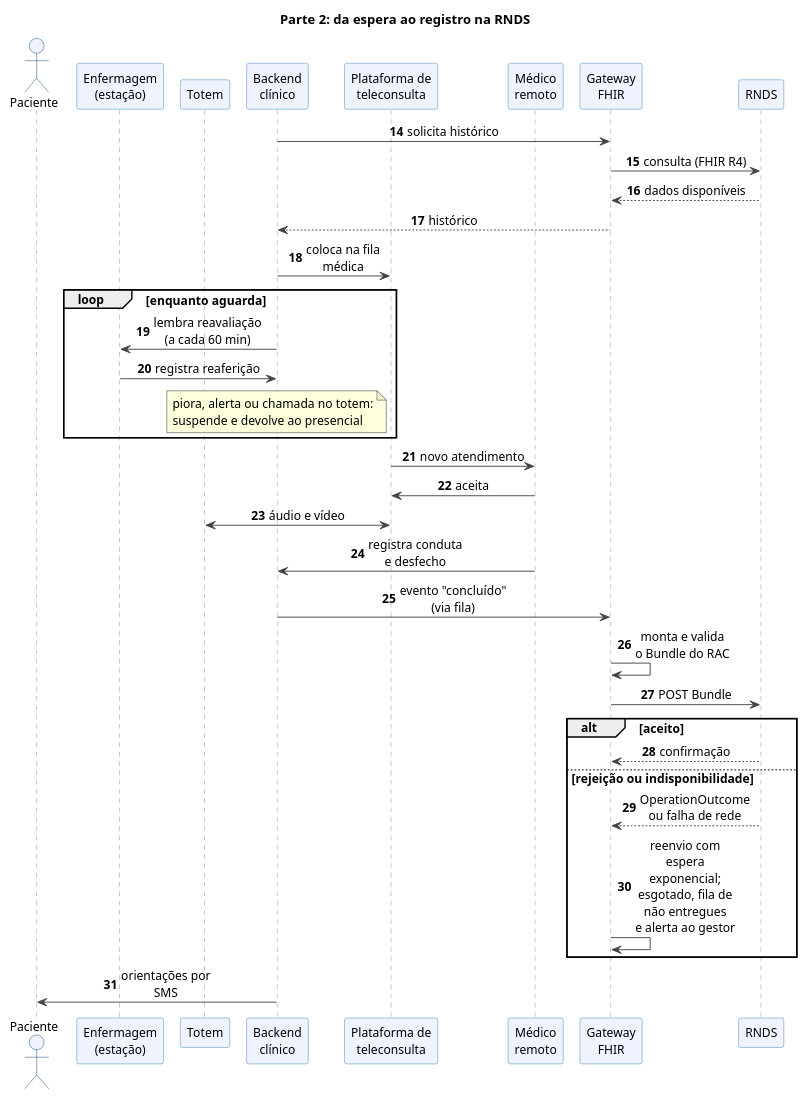
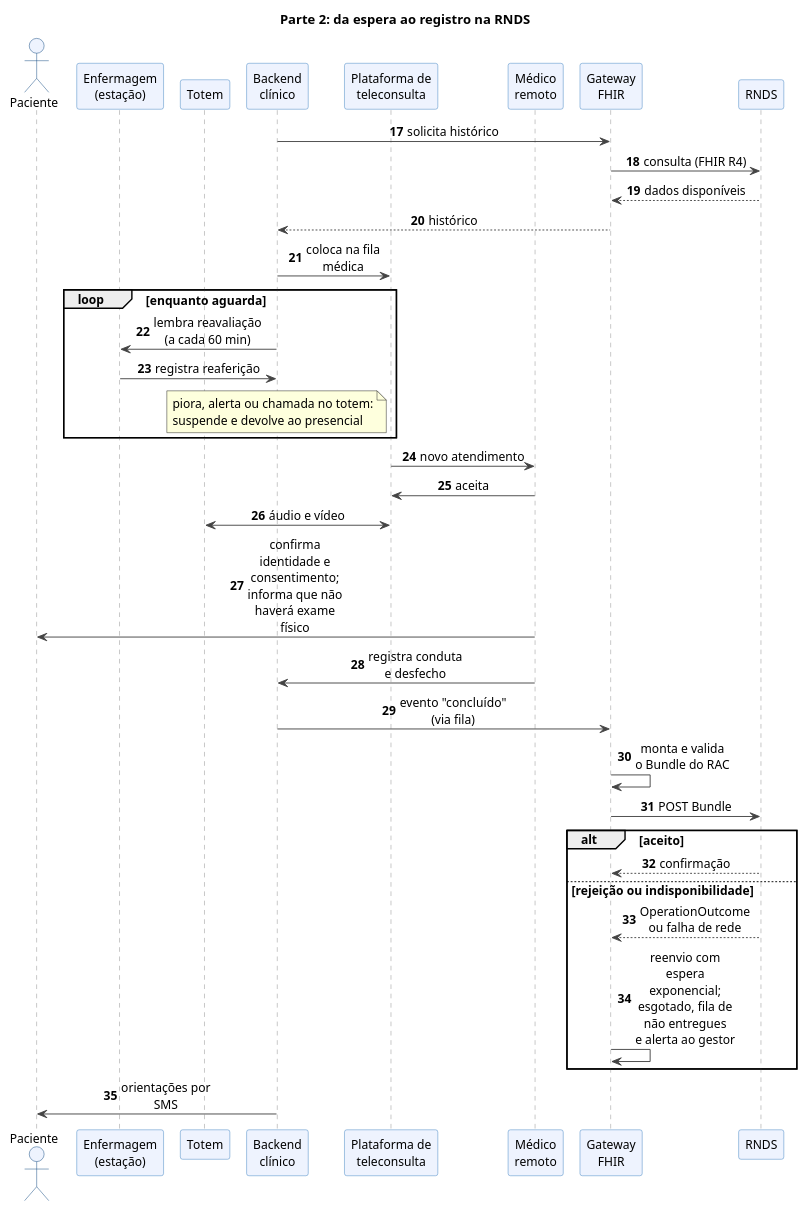
Before and after one commit to JerseyIWNL/tcc: the diagram in idp_capstone_latex_template/figuras/fontes/sequencia-2.puml, drawn with PlantUML. The commit also changed 20 other files, not shown here.

```diff
--- a/idp_capstone_latex_template/figuras/fontes/sequencia-2.puml
+++ b/idp_capstone_latex_template/figuras/fontes/sequencia-2.puml
@@ -1,49 +1,50 @@
 @startuml
 skinparam defaultFontName Arial
 skinparam defaultFontSize 13
 skinparam maxMessageSize 120
 skinparam ParticipantPadding 4
 skinparam BoxPadding 4
 skinparam shadowing false
 skinparam sequenceMessageAlign center
 skinparam SequenceArrowColor #444444
 skinparam SequenceLifeLineBorderColor #888888
 skinparam ParticipantBackgroundColor #EEF3FE
 skinparam ParticipantBorderColor #3C7FC0
 skinparam ActorBackgroundColor #EEF3FE
 skinparam ActorBorderColor #08427B
-autonumber 14
+autonumber 17
 title Parte 2: da espera ao registro na RNDS
 actor Paciente as P
 participant "Enfermagem\n(estação)" as E
 participant "Totem" as T
 participant "Backend\nclínico" as B
 participant "Plataforma de\nteleconsulta" as TC
 participant "Médico\nremoto" as M
 participant "Gateway\nFHIR" as G
 participant "RNDS" as R
 B -> G : solicita histórico
 G -> R : consulta (FHIR R4)
 R --> G : dados disponíveis
 G --> B : histórico
 B -> TC : coloca na fila médica
 loop enquanto aguarda
   B -> E : lembra reavaliação\n(a cada 60 min)
   E -> B : registra reaferição
   note over B : piora, alerta ou chamada no totem:\nsuspende e devolve ao presencial
 end
 TC -> M : novo atendimento
 M -> TC : aceita
 TC <-> T : áudio e vídeo
+M -> P : confirma identidade e consentimento;\ninforma que não haverá exame físico
 M -> B : registra conduta\ne desfecho
 B -> G : evento "concluído"\n(via fila)
 G -> G : monta e valida\no Bundle do RAC
 G -> R : POST Bundle
 alt aceito
   R --> G : confirmação
 else rejeição ou indisponibilidade
   R --> G : OperationOutcome\nou falha de rede
   G -> G : reenvio com espera exponencial;\nesgotado, fila de não entregues\ne alerta ao gestor
 end
 B -> P : orientações por SMS
 @enduml
```
